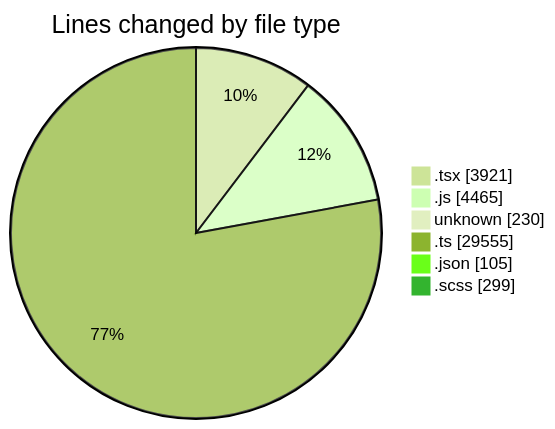
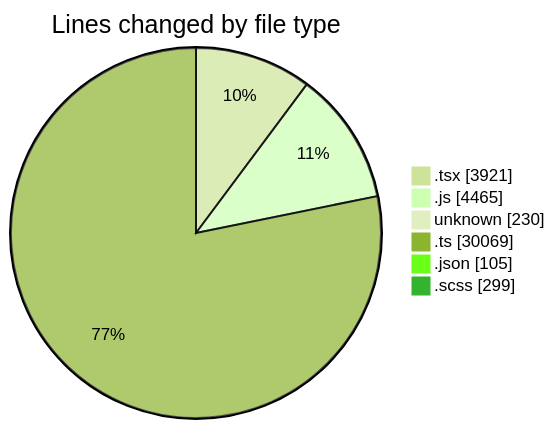
The first of 2 diagrams in 2026-05-06/cda/README.md (momahboobian/code-tracking), drawn with Mermaid (forest theme) before and after one commit. The commit also changed other lines of this file and 1 other file, not shown here.

````diff
--- a/2026-05-06/cda/README.md
+++ b/2026-05-06/cda/README.md
@@ -90,10 +91,10 @@
 ```mermaid
 pie showData
 title Lines changed by file type
 ".tsx" : 3921
 ".js" : 4465
 "unknown" : 230
-".ts" : 29555
+".ts" : 30069
 ".json" : 105
 ".scss" : 299
 ```
````
